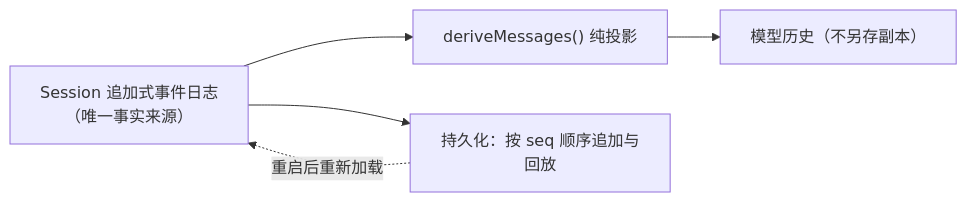
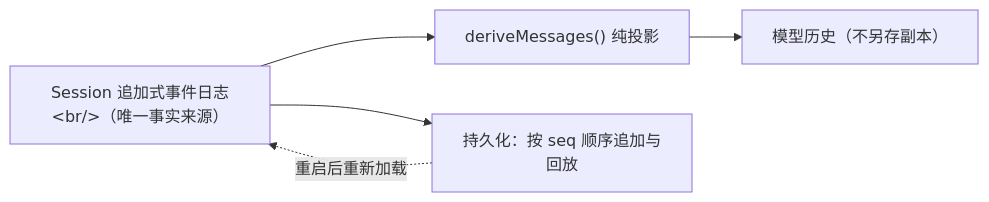
The diagram in docs/chapters/01-event-sourced-session.md (ZZKeepCurious/mini-deepseek-harness-python), drawn with Mermaid before and after one commit. The commit also changed other lines of this file and 8 other files, not shown here.

````diff
--- a/docs/chapters/01-event-sourced-session.md
+++ b/docs/chapters/01-event-sourced-session.md
@@ -24,10 +44,10 @@
 ```mermaid
 flowchart LR
-  LOG["Session 追加式事件日志<br/>（唯一事实来源）"]
+  LOG["Session 追加式事件日志&lt;br/&gt;（唯一事实来源）"]
   PROJ["deriveMessages() 纯投影"]
   HIST["模型历史（不另存副本）"]
   PERS["持久化：按 seq 顺序追加与回放"]
   LOG --> PROJ --> HIST
   LOG --> PERS
   PERS -.重启后重新加载.-> LOG
 ```
````
